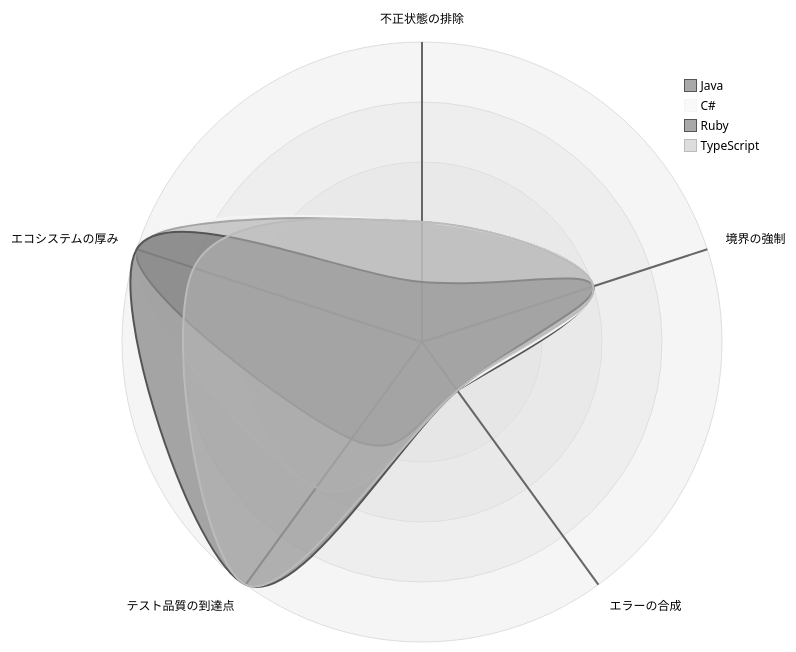
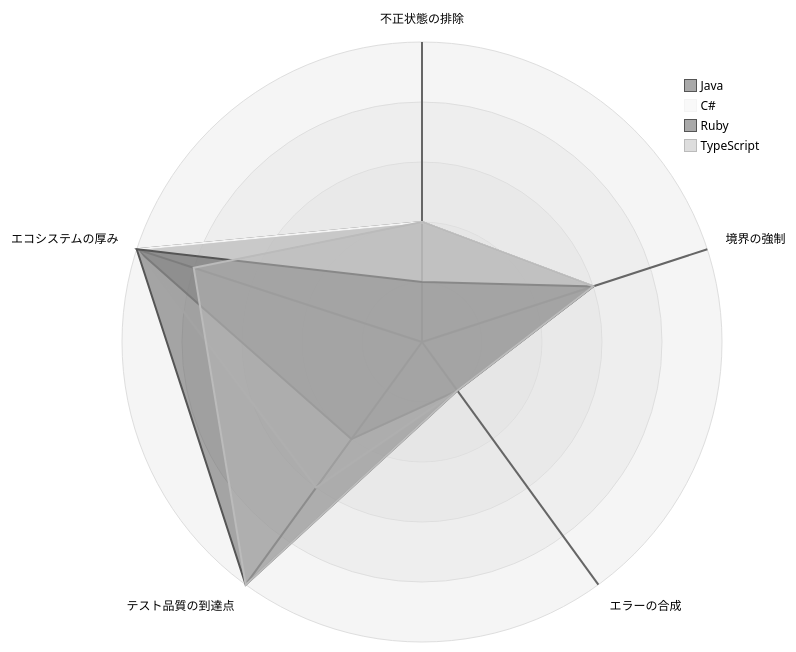
Before and after one commit to k2works/case-study-cargo-tracker: the second of 3 diagrams in docs/article/monolith-architecture/12-comparison.md, drawn with Mermaid (neutral theme). The commit also changed other lines of this file and 2 other files, not shown here.

First line of the commit message:
fix(docs): mermaid のカスタムフェンスを fence_div_format に変更

````diff
--- a/docs/article/monolith-architecture/12-comparison.md
+++ b/docs/article/monolith-architecture/12-comparison.md
@@ -239,11 +245,17 @@
 ```mermaid
+---
+config:
+  radar:
+    curveTension: 0
+    graticule: polygon
+---
 radar-beta
   axis illegal["不正状態の排除"], boundary["境界の強制"], error["エラーの合成"]
   axis test["テスト品質の到達点"], eco["エコシステムの厚み"]
   curve java["Java"]{2, 3, 1, 2, 5}
   curve csharp["C#"]{2, 3, 1, 3, 5}
   curve ruby["Ruby"]{1, 3, 1, 5, 5}
   curve typescript["TypeScript"]{2, 3, 1, 5, 4}
   max 5
   min 0
 ```
````
